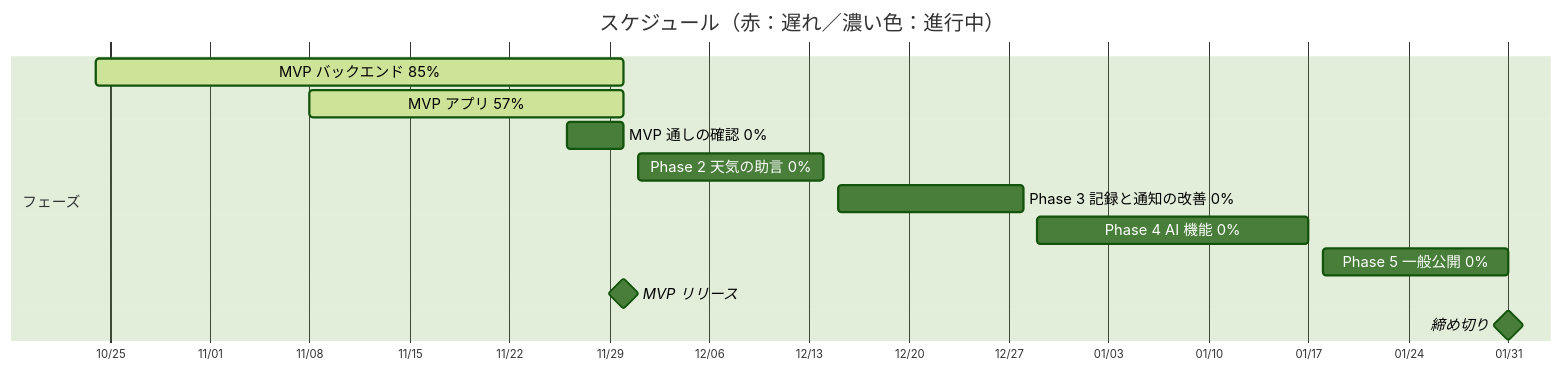
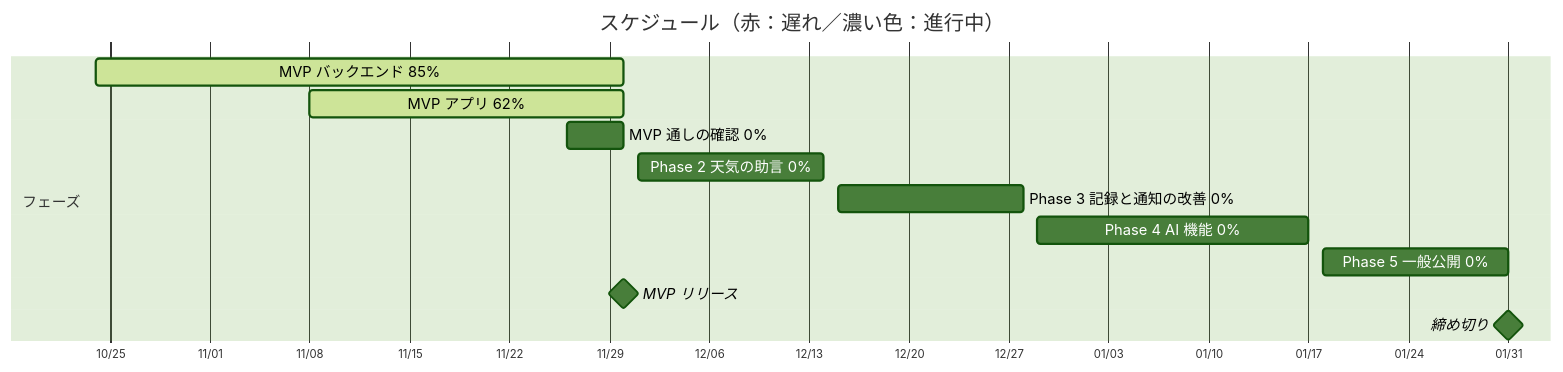
The diagram in README.md (ch00z00/uchinokusa), drawn with Mermaid (forest theme) before and after one commit. The commit also changed other lines of this file and 1 other file, not shown here.

````diff
--- a/README.md
+++ b/README.md
@@ -26,17 +26,17 @@
 ```mermaid
 %%{init: {"gantt": {"useWidth": 1400, "useMaxWidth": false, "barHeight": 24, "fontSize": 13, "sectionFontSize": 13}}}%%
 gantt
     title スケジュール（赤：遅れ／濃い色：進行中）
     dateFormat YYYY-MM-DD
     axisFormat %m/%d
     section フェーズ
     MVP バックエンド 85% :active, backend, 2026-10-24, 2026-11-30
-    MVP アプリ 57% :active, app, 2026-11-08, 2026-11-30
+    MVP アプリ 62% :active, app, 2026-11-08, 2026-11-30
     MVP 通しの確認 0% :e2e, 2026-11-26, 2026-11-30
     Phase 2 天気の助言 0% :p2, 2026-12-01, 2026-12-14
     Phase 3 記録と通知の改善 0% :p3, 2026-12-15, 2026-12-28
     Phase 4 AI 機能 0% :p4, 2026-12-29, 2027-01-17
     Phase 5 一般公開 0% :p5, 2027-01-18, 2027-01-31
     MVP リリース :milestone, m0, 2026-11-30, 0d
     締め切り :milestone, deadline, 2027-01-31, 0d
 ```
````
